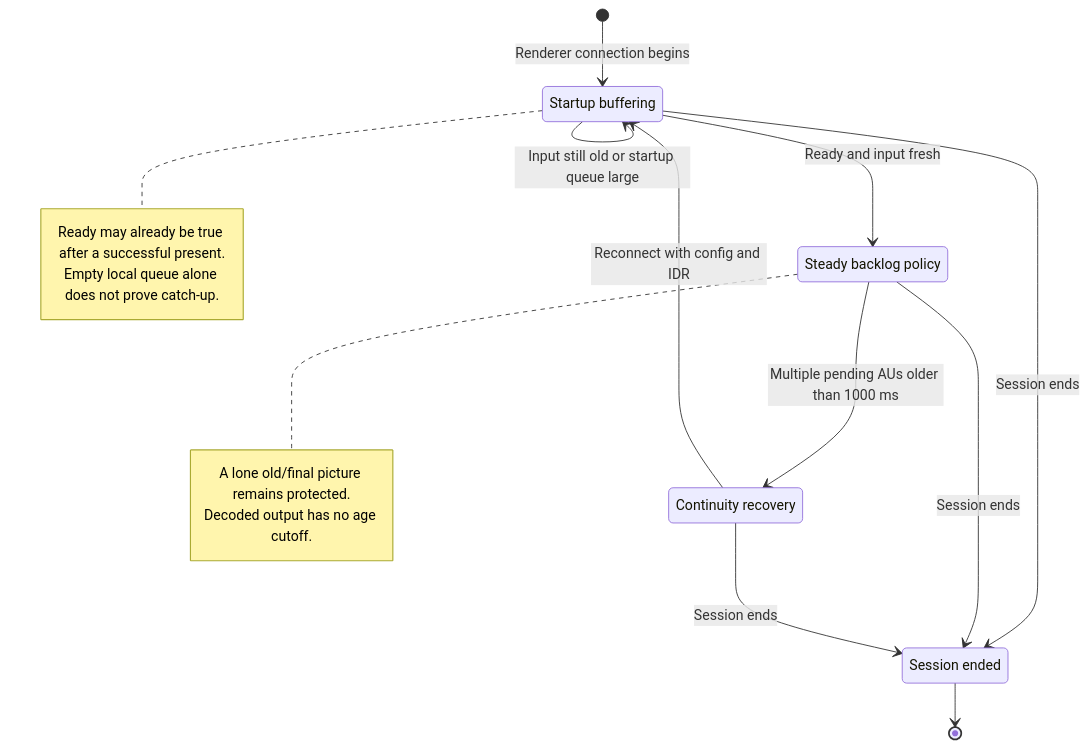
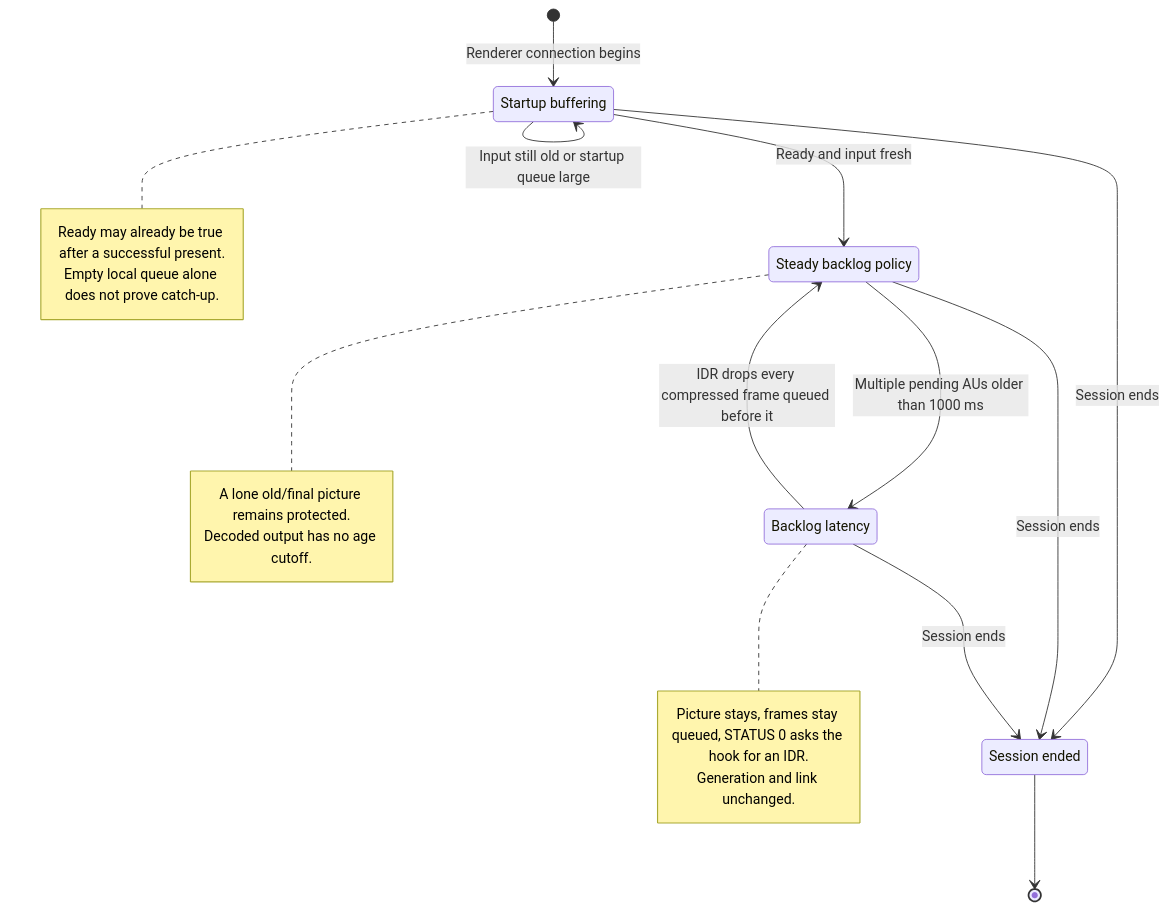
Before and after one commit to luka-dev/mib2q-carplay-rgi: the second of 4 diagrams in docs/altscreen-and-video/ALTSCREEN_PACING_VALIDATION.md, drawn with Mermaid. The commit also changed other lines of this file and 13 other files, not shown here.

````diff
--- a/docs/altscreen-and-video/ALTSCREEN_PACING_VALIDATION.md
+++ b/docs/altscreen-and-video/ALTSCREEN_PACING_VALIDATION.md
@@ -166,29 +166,33 @@
 ```mermaid
 stateDiagram-v2
     accTitle: Renderer compressed backlog policy states
-    accDescr: Startup buffers old input; steady policy activates only after fresh end-to-end input and detects accumulating multi-AU backlog. Presentation readiness is independent of this policy.
+    accDescr: Startup buffers old input; steady policy activates only after fresh end-to-end input and reports an accumulating multi-AU backlog as latency until the hook's IDR clears it. Presentation readiness is independent of this policy.
 
     state "Startup buffering" as startup_buffering
     state "Steady backlog policy" as steady_policy
-    state "Continuity recovery" as continuity_recovery
+    state "Backlog latency" as backlog_latency
     state "Session ended" as session_ended
 
     [*] --> startup_buffering: Renderer connection begins
     startup_buffering --> startup_buffering: Input still old or startup queue large
     startup_buffering --> steady_policy: Ready and input fresh
-    steady_policy --> continuity_recovery: Multiple pending AUs older than 1000 ms
-    continuity_recovery --> startup_buffering: Reconnect with config and IDR
+    steady_policy --> backlog_latency: Multiple pending AUs older than 1000 ms
+    backlog_latency --> steady_policy: IDR drops every compressed frame queued before it
     startup_buffering --> session_ended: Session ends
     steady_policy --> session_ended: Session ends
-    continuity_recovery --> session_ended: Session ends
+    backlog_latency --> session_ended: Session ends
     session_ended --> [*]
 
     note right of startup_buffering
         Ready may already be true after a successful present.
         Empty local queue alone does not prove catch-up.
     end note
     note right of steady_policy
         A lone old/final picture remains protected.
         Decoded output has no age cutoff.
     end note
+    note right of backlog_latency
+        Picture stays, frames stay queued, STATUS 0 asks the hook for an IDR.
+        Generation and link unchanged.
+    end note
 ```
````
